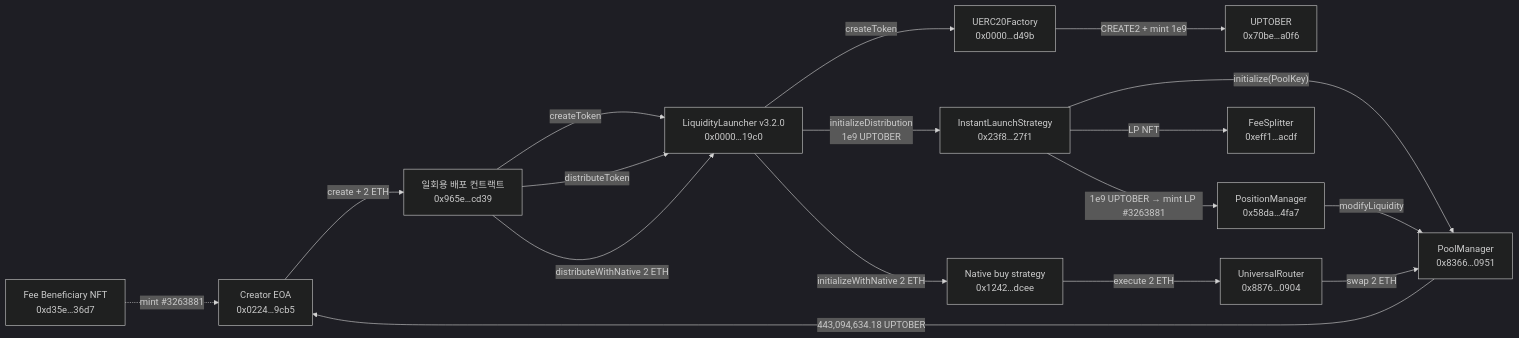
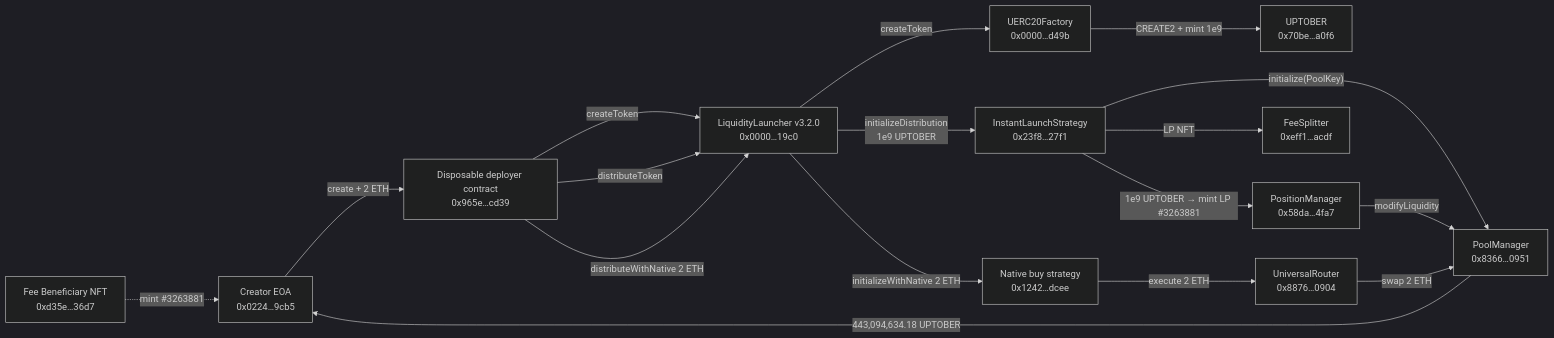
The diagram in contract/docs/evidence/pools-trade/launch-flow.md (EarthIsMine/klamp), drawn with Mermaid (dark theme) before and after one commit. The commit also changed other lines of this file and 16 other files, not shown here.

````diff
--- a/contract/docs/evidence/pools-trade/launch-flow.md
+++ b/contract/docs/evidence/pools-trade/launch-flow.md
@@ -56,19 +56,19 @@
 ```mermaid
 flowchart LR
-  C["Creator EOA<br/>0x0224…9cb5"] -->|"create + 2 ETH"| E["일회용 배포 컨트랙트<br/>0x965e…cd39"]
+  C["Creator EOA<br/>0x0224…9cb5"] -->|"create + 2 ETH"| E["Disposable deployer contract<br/>0x965e…cd39"]
   E -->|"createToken"| LL["LiquidityLauncher v3.2.0<br/>0x0000…19c0"]
   LL -->|"createToken"| F["UERC20Factory<br/>0x0000…d49b"]
   F -->|"CREATE2 + mint 1e9"| T["UPTOBER<br/>0x70be…a0f6"]
   E -->|"distributeToken"| LL
   LL -->|"initializeDistribution<br/>1e9 UPTOBER"| S["InstantLaunchStrategy<br/>0x23f8…27f1"]
   S -->|"initialize(PoolKey)"| PM["PoolManager<br/>0x8366…0951"]
   S -->|"1e9 UPTOBER → mint LP #3263881"| POSM["PositionManager<br/>0x58da…4fa7"]
   POSM -->|"modifyLiquidity"| PM
   S -->|"LP NFT"| FS["FeeSplitter<br/>0xeff1…acdf"]
   FB["Fee Beneficiary NFT<br/>0xd35e…36d7"] -.->|"mint #3263881"| C
   E -->|"distributeWithNative 2 ETH"| LL
   LL -->|"initializeWithNative 2 ETH"| N["Native buy strategy<br/>0x1242…dcee"]
   N -->|"execute 2 ETH"| UR["UniversalRouter<br/>0x8876…0904"]
   UR -->|"swap 2 ETH"| PM
   PM -->|"443,094,634.18 UPTOBER"| C
 ```
````
